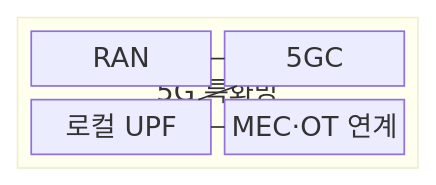
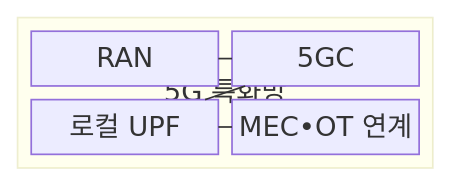
One commit to agnusdei1207/knowledge-base changed the first of 2 diagrams in src/content/docs/notes/04-network/041_private_5g_local_5g.md. Above: the diagram before and after it, drawn with Mermaid. The commit also changed other lines of this file and 953 other files, not shown here.

````diff
--- a/src/content/docs/notes/04-network/041_private_5g_local_5g.md
+++ b/src/content/docs/notes/04-network/041_private_5g_local_5g.md
@@ -71,14 +71,14 @@
 ```mermaid
 block
     columns 1
     block:NPN["5G 특화망"]
         columns 2
         RAN["RAN"]
         CORE["5GC"]
         UPF["로컬 UPF"]
-        EDGE["MEC·OT 연계"]
+        EDGE["MEC•OT 연계"]
     end
     RAN --- CORE
     CORE --- UPF
     UPF --- EDGE
 ```
````
